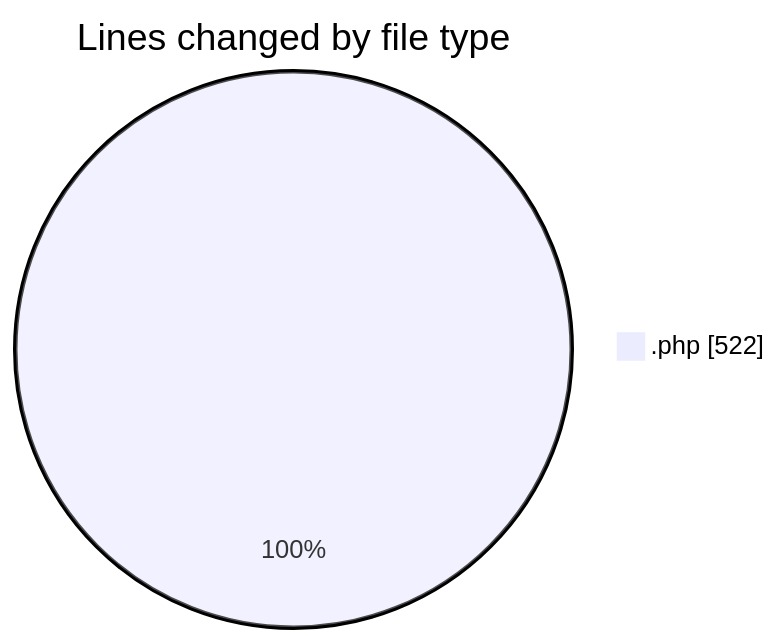
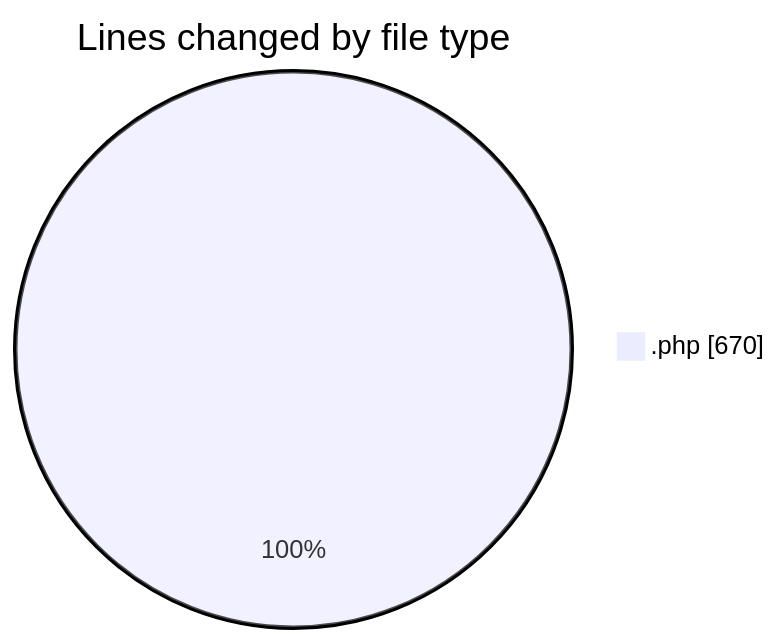
Before and after one commit to LanceThiago/code-tracking: the first of 2 diagrams in 2025-11-04/oficina/README.md, drawn with Mermaid. The commit also changed other lines of this file and 1 other file, not shown here.

````diff
--- a/2025-11-04/oficina/README.md
+++ b/2025-11-04/oficina/README.md
@@ -21,5 +22,5 @@
 ```mermaid
 pie showData
 title Lines changed by file type
-".php" : 522
+".php" : 670
 ```
````
